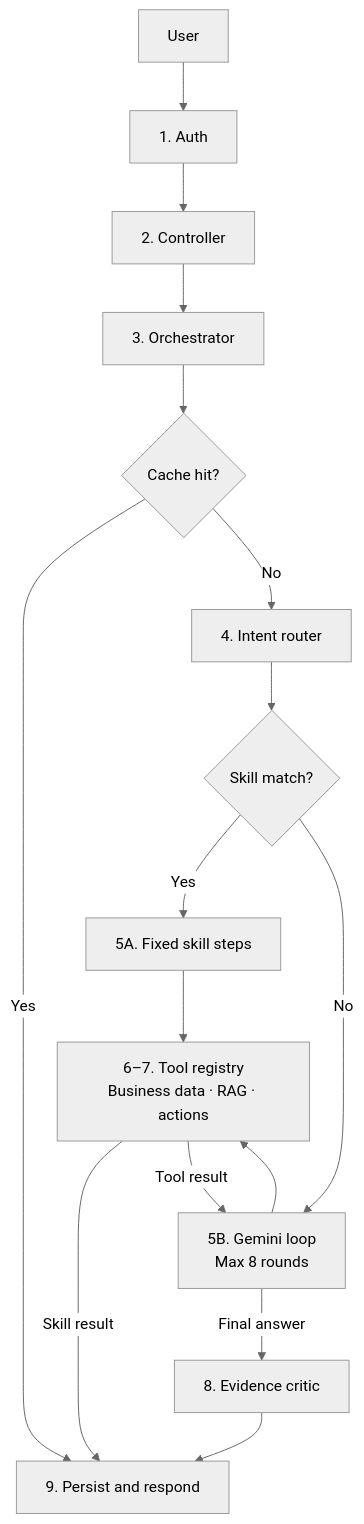
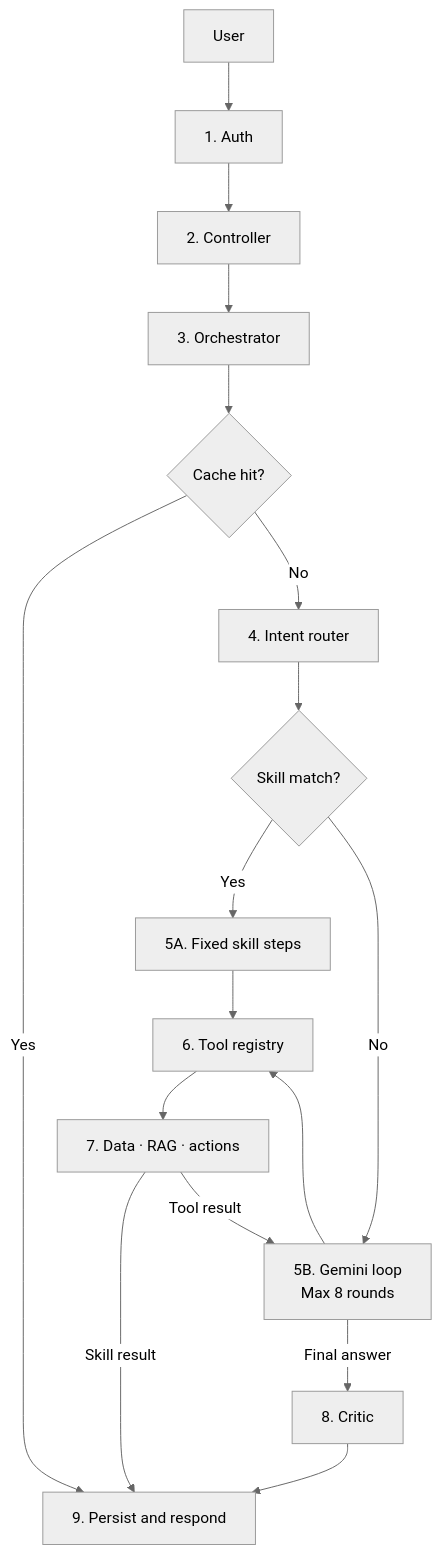
The first of 2 diagrams in README.md (amathziah/capitaedgex), drawn with Mermaid (neutral theme) before and after one commit. The commit also changed 1 other file, not shown here.

Commit message:
docs: shorten diagram layer labels

````diff
--- a/README.md
+++ b/README.md
@@ -32,18 +32,19 @@
 ```mermaid
 flowchart TD
     USER[User] --> AUTH[1. Auth]
     AUTH --> CTRL[2. Controller]
     CTRL --> ORCH[3. Orchestrator]
     ORCH --> CACHE{Cache hit?}
     CACHE -->|Yes| SAVE[9. Persist and respond]
     CACHE -->|No| INTENT[4. Intent router]
     INTENT --> ROUTE{Skill match?}
     ROUTE -->|Yes| SKILL[5A. Fixed skill steps]
     ROUTE -->|No| LOOP[5B. Gemini loop<br/>Max 8 rounds]
-    SKILL --> TOOLS[6–7. Tool registry<br/>Business data · RAG · actions]
-    LOOP --> TOOLS
-    TOOLS -->|Skill result| SAVE
-    TOOLS -->|Tool result| LOOP
-    LOOP -->|Final answer| CRITIC[8. Evidence critic]
+    SKILL --> REGISTRY[6. Tool registry]
+    LOOP --> REGISTRY
+    REGISTRY --> SERVICES[7. Data · RAG · actions]
+    SERVICES -->|Skill result| SAVE
+    SERVICES -->|Tool result| LOOP
+    LOOP -->|Final answer| CRITIC[8. Critic]
     CRITIC --> SAVE
 ```
````
